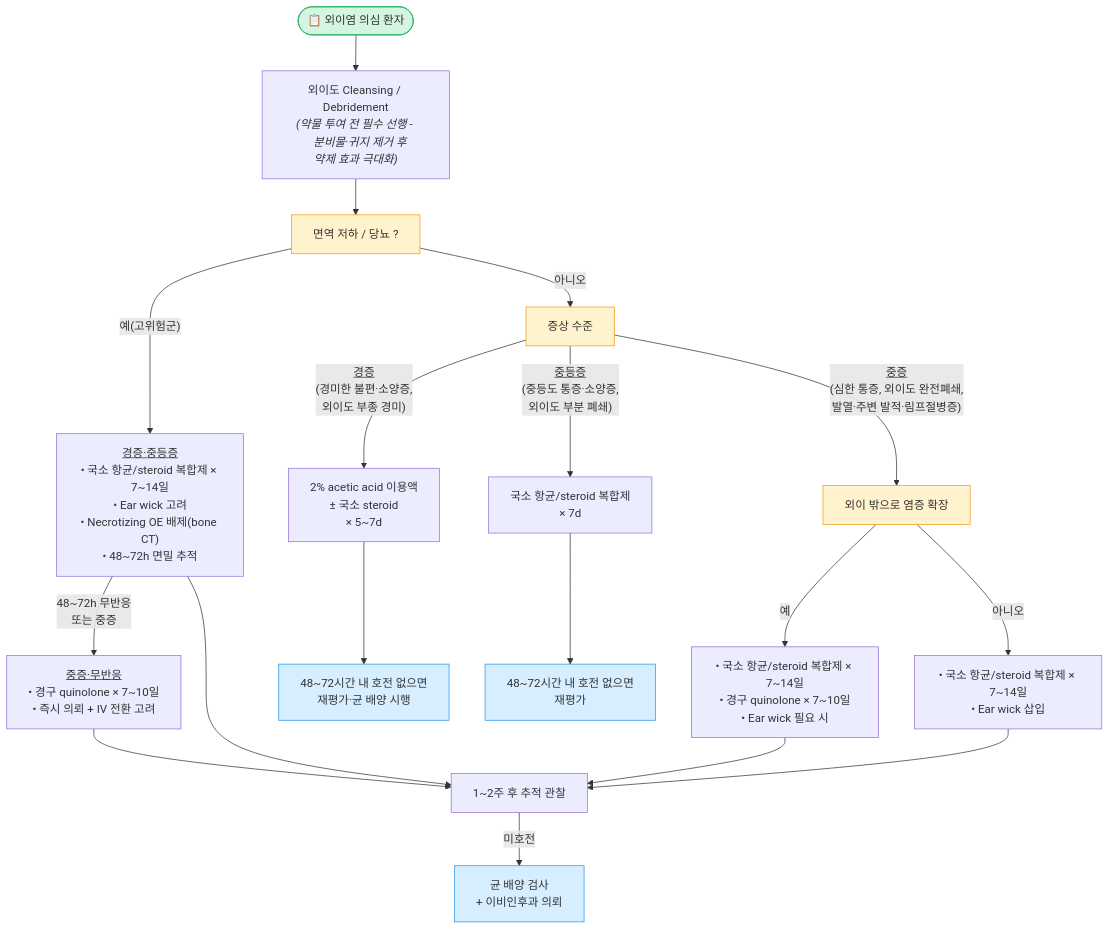
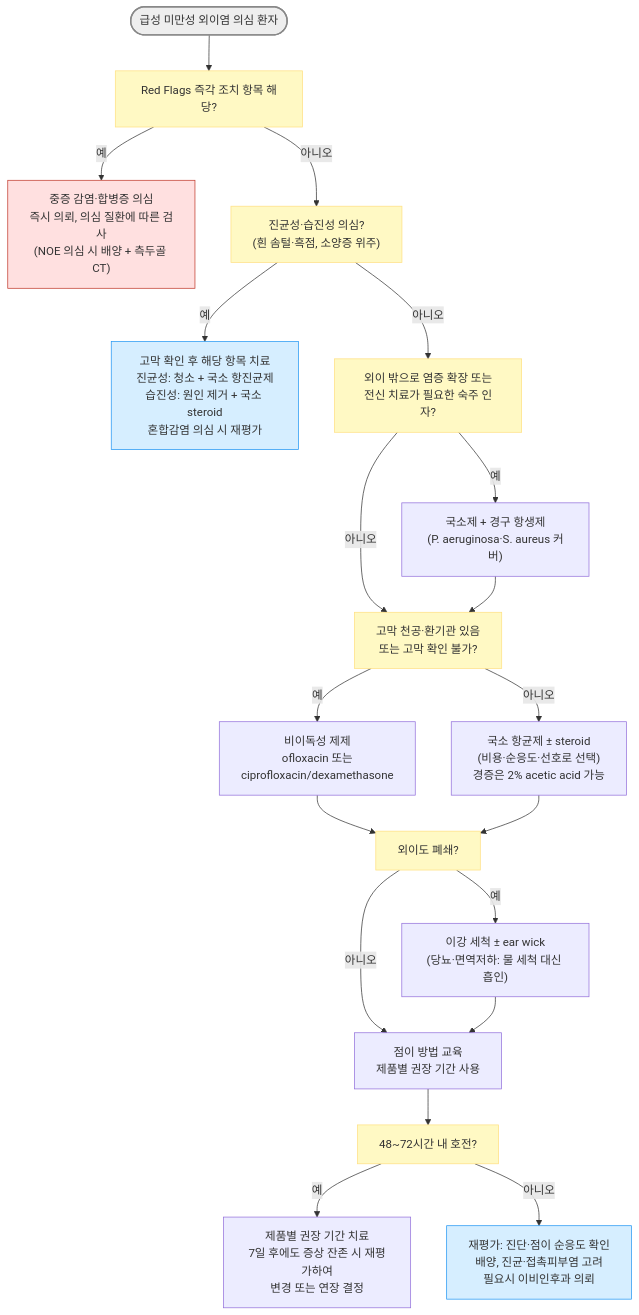
The second of 2 diagrams in 222_/047_-otitis-externa.md (familyoh77/familyoh77), drawn with Mermaid before and after one commit. The commit also changed other lines of this file, not shown here.

````diff
--- a/222_/047_-otitis-externa.md
+++ b/222_/047_-otitis-externa.md
@@ -273,34 +126,32 @@
 ```mermaid
 graph TD
-    START(["📋 외이염 의심 환자"]) --> CLEAN["외이도 Cleansing / Debridement<br/><i>(약물 투여 전 필수 선행 - 
-    분비물·귀지 제거 후 <br/>약제 효과 극대화)</i>"]
-    CLEAN --> A
+    START(["급성 미만성 외이염 의심 환자"]) --> RF["Red Flags 즉각 조치 항목 해당?"]
+    RF -- "예" --> NOE["중증 감염·합병증 의심<br/>즉시 의뢰, 의심 질환에 따른 검사<br/>(NOE 의심 시 배양 + 측두골 CT)"]
+    RF -- "아니오" --> TYPE["진균성·습진성 의심?<br/>(흰 솜털·흑점, 소양증 위주)"]
+    TYPE -- "예" --> OTHER["고막 확인 후 해당 항목 치료<br/>진균성: 청소 + 국소 항진균제<br/>습진성: 원인 제거 + 국소 steroid<br/>혼합감염 의심 시 재평가"]
+    TYPE -- "아니오" --> EXT["외이 밖으로 염증 확장 또는<br/>전신 치료가 필요한 숙주 인자?"]
+    EXT -- "예" --> SYS["국소제 + 경구 항생제<br/>(P. aeruginosa·S. aureus 커버)"]
+    EXT -- "아니오" --> TM["고막 천공·환기관 있음<br/>또는 고막 확인 불가?"]
+    TM -- "예" --> NONOTO["비이독성 제제<br/>ofloxacin 또는<br/>ciprofloxacin/dexamethasone"]
+    TM -- "아니오" --> ANY["국소 항균제 ± steroid<br/>(비용·순응도·선호로 선택)<br/>경증은 2% acetic acid 가능"]
+    SYS --> TM
+    NONOTO --> OBS["외이도 폐쇄?"]
+    ANY --> OBS
+    OBS -- "예" --> TOIL["이강 세척 ± ear wick<br/>(당뇨·면역저하: 물 세척 대신 흡인)"]
+    OBS -- "아니오" --> EDU["점이 방법 교육<br/>제품별 권장 기간 사용"]
+    TOIL --> EDU
+    EDU --> R48["48~72시간 내 호전?"]
+    R48 -- "예" --> DONE["제품별 권장 기간 치료<br/>7일 후에도 증상 잔존 시 재평가하여<br/>변경 또는 연장 결정"]
+    R48 -- "아니오" --> REEVAL["재평가: 진단·점이 순응도 확인<br/>배양, 진균·접촉피부염 고려<br/>필요시 이비인후과 의뢰"]
 
-    A[면역 저하 / 당뇨 ?] -- "예(고위험군)" --> B1["<u>경증·중등증</u><br/>• 국소 항균/steroid 복합제 × 7~14일<br/>• Ear wick 고려<br/>• Necrotizing OE 배제(bone CT)<br/>• 48~72h 면밀 추적"]
-    B1 -- "48~72h 무반응<br/>또는 중증" --> B2["<u>중증·무반응</u><br/>• 경구 quinolone × 7~10일<br/>• 즉시 의뢰 + IV 전환 고려"]
-    
-    A -- "아니오" --> C[증상 수준]
-
-    C -- "<u>경증</u><br/>(경미한 불편·소양증,<br/>외이도 부종 경미)" --> D["2% acetic acid 이용액<br/>± 국소 steroid<br/>× 5~7d"]
-    
-    C -- "<u>중등증</u><br/>(중등도 통증·소양증,<br/>외이도 부분 폐쇄)" --> E["국소 항균/steroid 복합제<br/>× 7d"]
-    
-    C -- "<u>중증</u><br/>(심한 통증, 외이도 완전폐쇄,<br/>발열·주변 발적·림프절병증)" --> F[외이 밖으로 염증 확장]
-    
-    F -- "예" --> G["• 국소 항균/steroid 복합제 × 7~14일<br/>• 경구 quinolone × 7~10일<br/>• Ear wick 필요 시"]
-    F -- "아니오" --> H["• 국소 항균/steroid 복합제 × 7~14일<br/>• Ear wick 삽입"]
-
-    D --> I["48~72시간 내 호전 없으면<br/>재평가·균 배양 시행"]
-    E --> J["48~72시간 내 호전 없으면<br/>재평가"]
-    B2 --> K["1~2주 후 추적 관찰"]
-    B1 --> K
-    G --> K
-    H --> K
-    K -- "미호전" --> REF["균 배양 검사<br/>+ 이비인후과 의뢰"]
-    
-        style START fill:#d5f5e3,stroke:#27ae60
-        classDef yellow fill:#fff3cd,stroke:#f39c12
-        class A,C,F yellow
-        classDef sky    fill:#d6eeff,stroke:#2196f3
-        class REF,I,J sky
+    style START fill:#eeeeee,stroke:#888888,stroke-width:2px
+    style RF fill:#fff9c4,stroke:#ffe082
+    style TYPE fill:#fff9c4,stroke:#ffe082
+    style OTHER fill:#d6eeff,stroke:#2196f3
+    style EXT fill:#fff9c4,stroke:#ffe082
+    style TM fill:#fff9c4,stroke:#ffe082
+    style OBS fill:#fff9c4,stroke:#ffe082
+    style R48 fill:#fff9c4,stroke:#ffe082
+    style NOE fill:#ffe0e0,stroke:#c0392b
+    style REEVAL fill:#d6eeff,stroke:#2196f3
 ```
````
